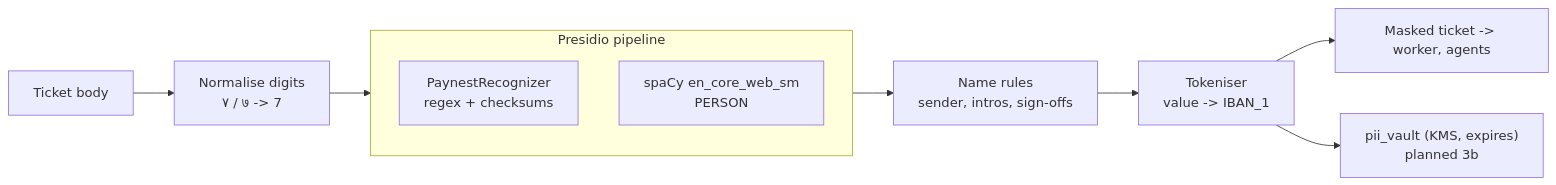
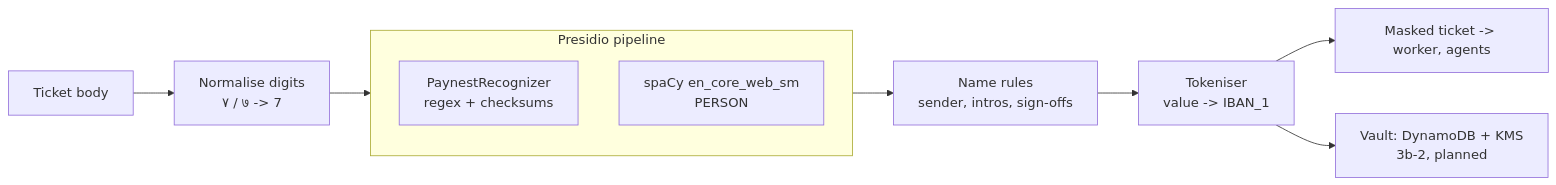
The fifth of 7 diagrams in docs/architecture.md (aarushisinghalfde/paynest), drawn with Mermaid before and after one commit. The commit also changed other lines of this file and 22 other files, not shown here.

````diff
--- a/docs/architecture.md
+++ b/docs/architecture.md
@@ -179,13 +179,13 @@
 ```mermaid
 flowchart LR
   subgraph P["Presidio pipeline"]
     R["PaynestRecognizer<br/>regex + checksums"]
     S["spaCy en_core_web_sm<br/>PERSON"]
   end
   T["Ticket body"] --> N["Normalise digits<br/>٧ / ७ -> 7"]
   N --> P
   P --> NM["Name rules<br/>sender, intros, sign-offs"]
   NM --> TK["Tokeniser<br/>value -> IBAN_1"]
   TK --> M["Masked ticket -> worker, agents"]
-  TK --> V["pii_vault (KMS, expires)<br/>planned 3b"]
+  TK --> V["Vault: DynamoDB + KMS<br/>3b-2, planned"]
 ```
````
